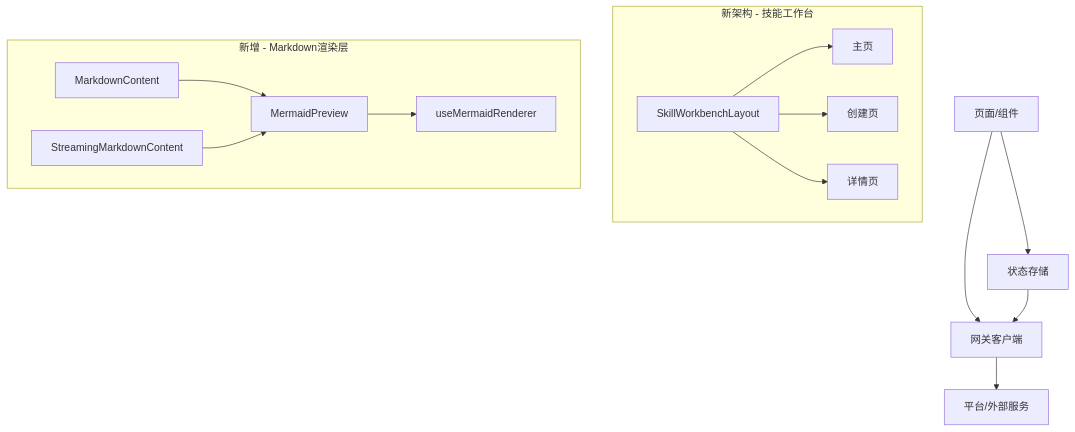
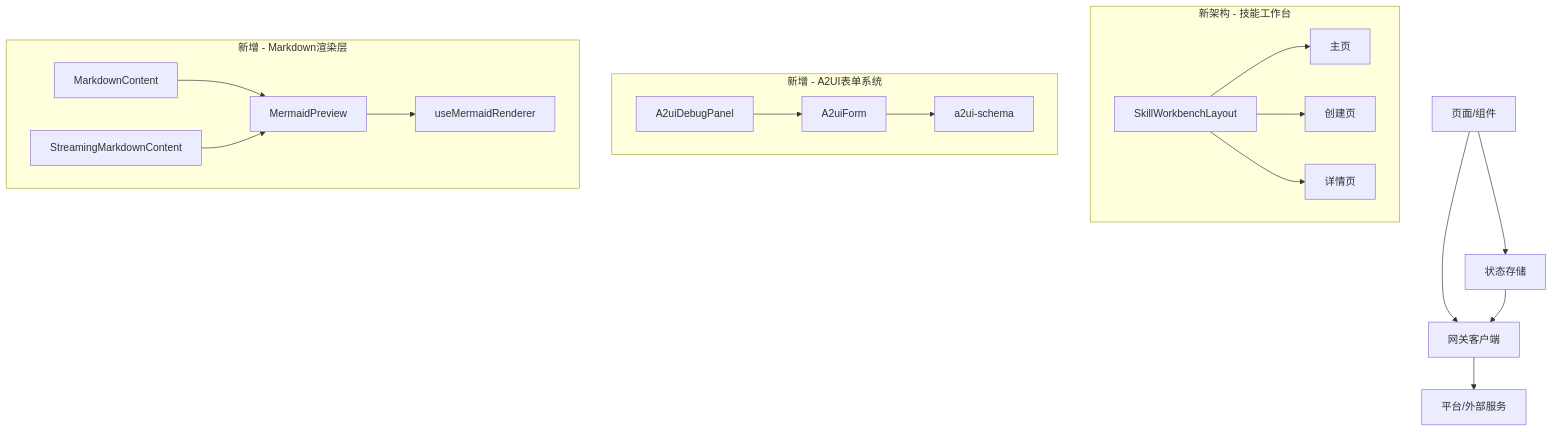
One commit to WW-AI-Lab/openclaw-office changed the second of 10 diagrams in .qoder/repowiki/zh/content/控制台管理界面/技能管理.md. Above: the diagram before and after it, drawn with Mermaid. The commit also changed other lines of this file and 11 other files, not shown here.

````diff
--- a/.qoder/repowiki/zh/content/控制台管理界面/技能管理.md
+++ b/.qoder/repowiki/zh/content/控制台管理界面/技能管理.md
@@ -210,17 +232,21 @@
 ```mermaid
 graph TB
 UI["页面/组件"] --> Store["状态存储"]
 UI --> Gateway["网关客户端"]
 Store --> Gateway
 Gateway --> Platform["平台/外部服务"]
 subgraph "新架构 - 技能工作台"
 SWL["SkillWorkbenchLayout"] --> SWHP["主页"]
 SWL --> SWCP["创建页"]
 SWL --> SWDP["详情页"]
 end
+subgraph "新增 - A2UI表单系统"
+ADP["A2uiDebugPanel"] --> AF["A2uiForm"]
+AF --> AS["a2ui-schema"]
+end
 subgraph "新增 - Markdown渲染层"
 MC["MarkdownContent"] --> MP["MermaidPreview"]
 SMC["StreamingMarkdownContent"] --> MP
 MP --> UMR["useMermaidRenderer"]
 end
 ```
````
